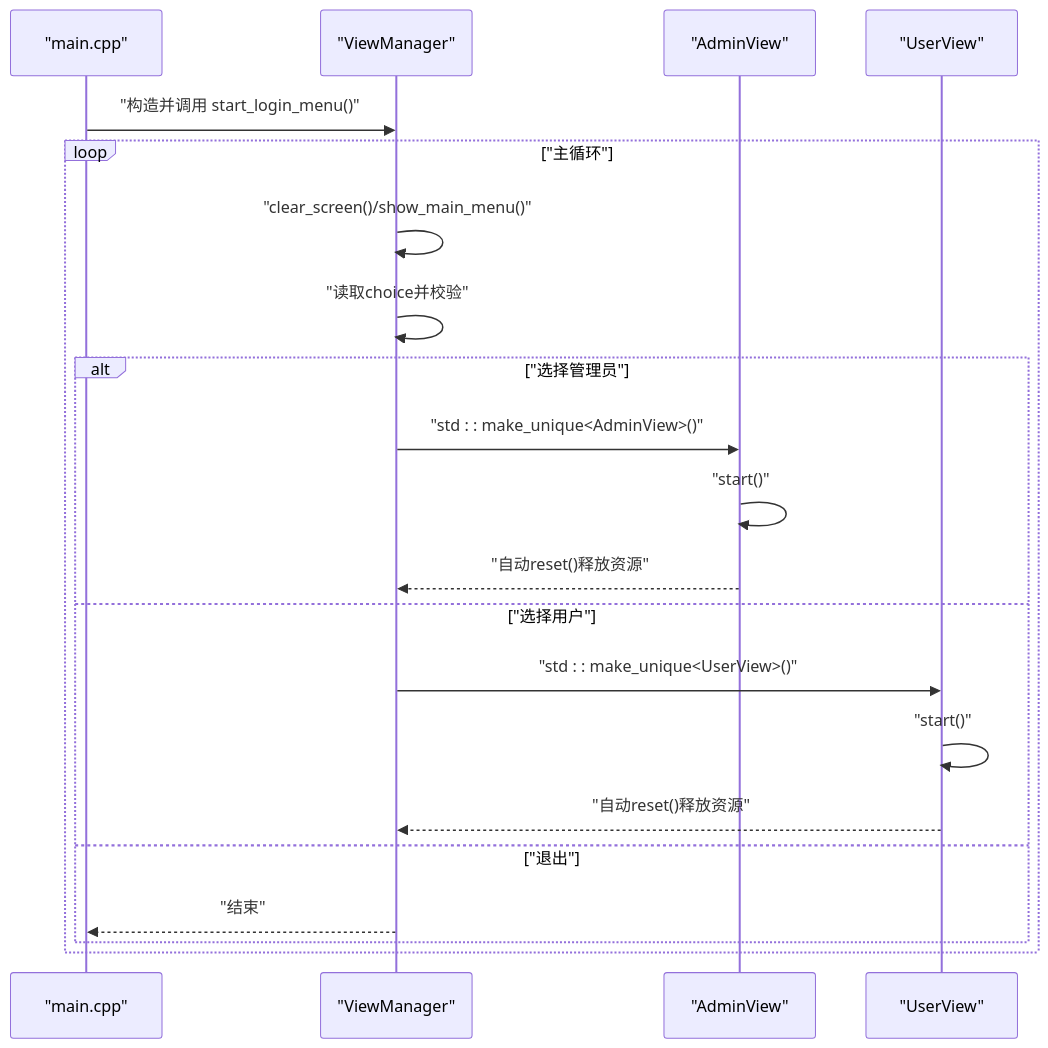
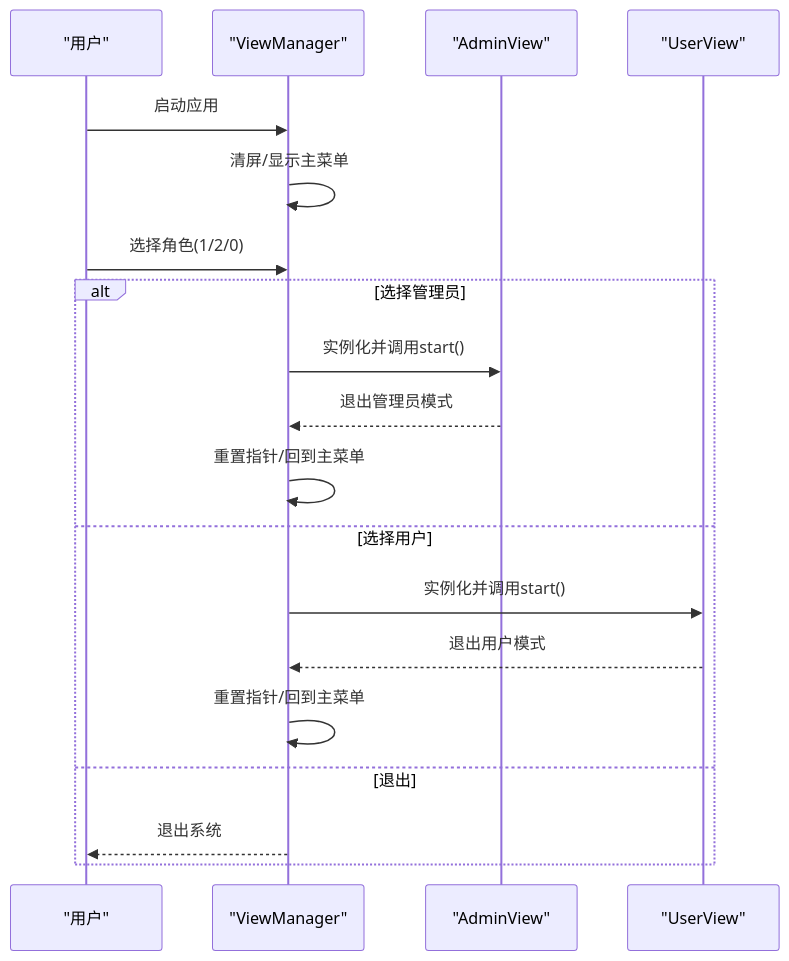
The third of 8 diagrams in .qoder/repowiki/zh/content/系统架构设计/系统架构设计.md (jinpeng900/OJ-Test), drawn with Mermaid before and after one commit. The commit also changed other lines of this file and 65 other files, not shown here.

````diff
--- a/.qoder/repowiki/zh/content/系统架构设计/系统架构设计.md
+++ b/.qoder/repowiki/zh/content/系统架构设计/系统架构设计.md
@@ -153,23 +157,21 @@
 ```mermaid
 sequenceDiagram
-participant M as "main.cpp"
+participant U as "用户"
 participant VM as "ViewManager"
 participant AV as "AdminView"
 participant UV as "UserView"
-M->>VM : "构造并调用 start_login_menu()"
-loop "主循环"
-VM->>VM : "clear_screen()/show_main_menu()"
-VM->>VM : "读取choice并校验"
-alt "选择管理员"
-VM->>AV : "std : : make_unique<AdminView>()"
-AV->>AV : "start()"
-AV-->>VM : "自动reset()释放资源"
-else "选择用户"
-VM->>UV : "std : : make_unique<UserView>()"
-UV->>UV : "start()"
-UV-->>VM : "自动reset()释放资源"
-else "退出"
-VM-->>M : "结束"
-end
+U->>VM : 启动应用
+VM->>VM : 清屏/显示主菜单
+U->>VM : 选择角色(1/2/0)
+alt 选择管理员
+VM->>AV : 实例化并调用start()
+AV-->>VM : 退出管理员模式
+VM->>VM : 重置指针/回到主菜单
+else 选择用户
+VM->>UV : 实例化并调用start()
+UV-->>VM : 退出用户模式
+VM->>VM : 重置指针/回到主菜单
+else 退出
+VM-->>U : 退出系统
 end
 ```
````
